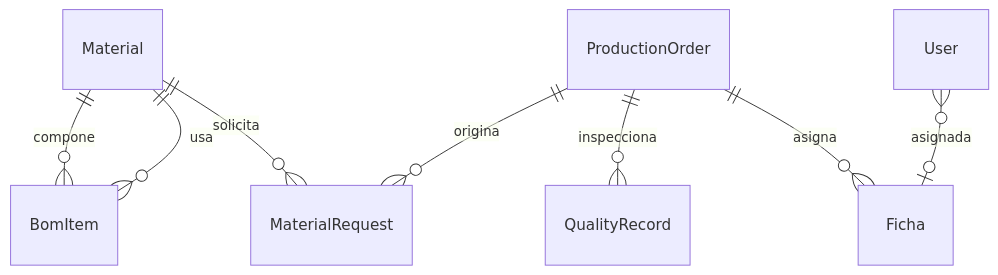
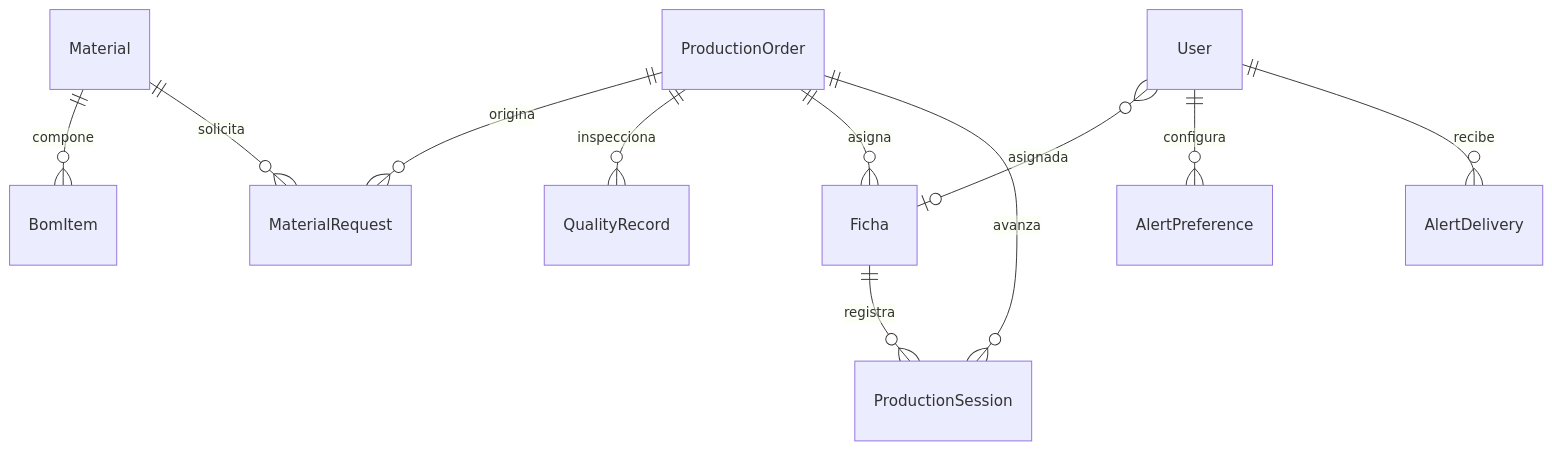
Before and after one commit to COSTEsincelejo/-SIPITEX: the second of 2 diagrams in docs/02-Diseno.md, drawn with Mermaid. The commit also changed other lines of this file and 3 other files, not shown here.

First line of the commit message:
docs: especificación IEEE 830 con diagramas UML y ER

````diff
--- a/docs/02-Diseno.md
+++ b/docs/02-Diseno.md
@@ -32,10 +34,13 @@
 ```mermaid
 erDiagram
     Material ||--o{ BomItem : compone
     Material ||--o{ MaterialRequest : solicita
     ProductionOrder ||--o{ MaterialRequest : origina
     ProductionOrder ||--o{ QualityRecord : inspecciona
     ProductionOrder ||--o{ Ficha : asigna
-    BomItem }o--|| Material : usa
+    ProductionOrder ||--o{ ProductionSession : avanza
+    Ficha ||--o{ ProductionSession : registra
     User }o--o| Ficha : asignada
+    User ||--o{ AlertPreference : configura
+    User ||--o{ AlertDelivery : recibe
 ```
````
